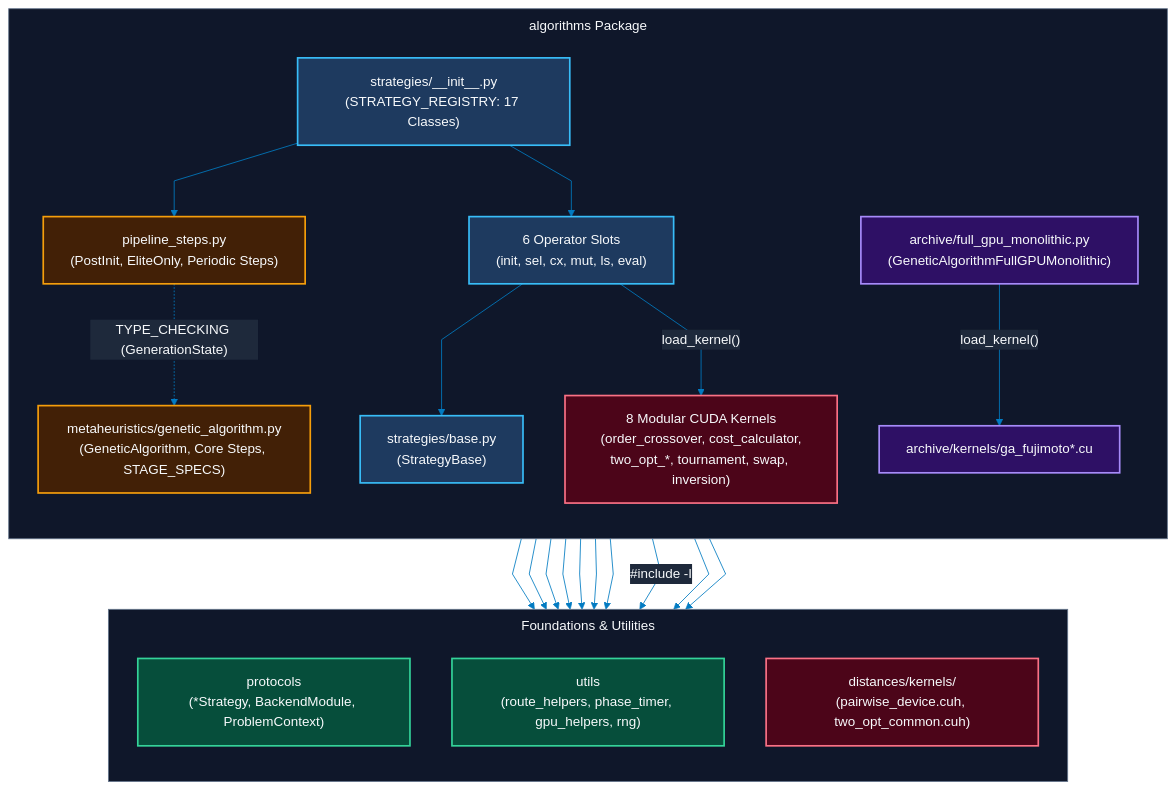
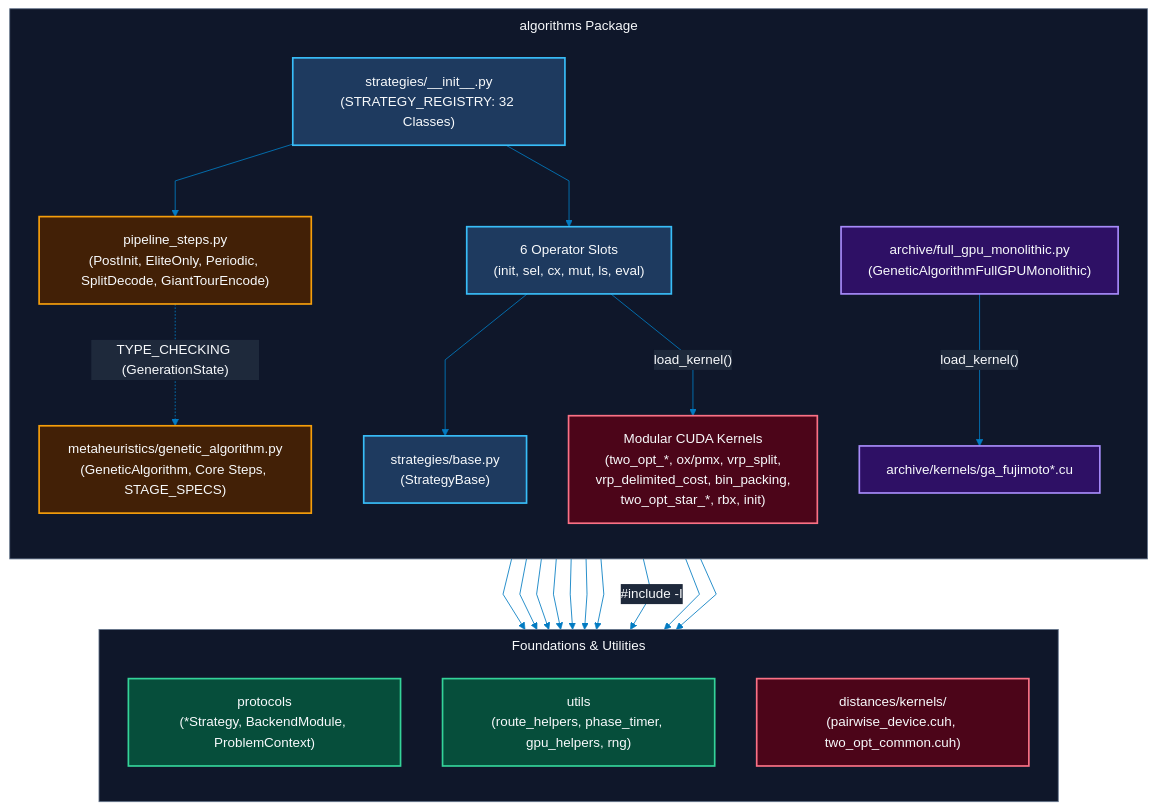
The first of 3 diagrams in documentation/analysis/guide-architecture-algorithms-and-strategies.md (lucasgaldinos/tsp_gpu_clean), drawn with Mermaid before and after one commit. The commit also changed other lines of this file and 19 other files, not shown here.

First line of the commit message:
docs(vrp,plans,bib): document CVRP GPU architecture, Deb/Vargha-Delaney citations, and Phase 17 plans

````diff
--- a/documentation/analysis/guide-architecture-algorithms-and-strategies.md
+++ b/documentation/analysis/guide-architecture-algorithms-and-strategies.md
@@ -81,77 +94,77 @@
 ```mermaid
 ---
 config:
   theme: base
   themeVariables:
     darkMode: true
     background: "#0F172A"
     mainBkg: "#1E293B"
     primaryColor: "#1E293B"
     primaryTextColor: "#F8FAFC"
     primaryBorderColor: "#38BDF8"
     secondaryColor: "#1E3A5F"
     secondaryTextColor: "#F8FAFC"
     secondaryBorderColor: "#60A5FA"
     tertiaryColor: "#172554"
     tertiaryTextColor: "#F8FAFC"
     tertiaryBorderColor: "#818CF8"
     lineColor: "#027BC2"
     edgeLabelBackground: "#1E293B"
     textColor: "#F8FAFC"
     nodeTextColor: "#F8FAFC"
     clusterBkg: "#0F172A"
     clusterBorder: "#64748B"
     titleColor: "#F8FAFC"
   flowchart:
     nodeSpacing: 50
     rankSpacing: 60
     padding: 16
     wrappingWidth: 260
     curve: "linear"
     subGraphTitleMargin:
       top: 8
       bottom: 8
 ---
 flowchart TD
     classDef meta fill:#422006,stroke:#F59E0B,color:#F8FAFC,stroke-width:2px;
     classDef strat fill:#1E3A5F,stroke:#38BDF8,color:#F8FAFC,stroke-width:2px;
     classDef cuda fill:#4C0519,stroke:#FB7185,color:#F8FAFC,stroke-width:2px;
     classDef infra fill:#064E3B,stroke:#34D399,color:#F8FAFC,stroke-width:2px;
     classDef arch fill:#2E1065,stroke:#A78BFA,color:#F8FAFC,stroke-width:2px;
 
     subgraph ALG["algorithms Package"]
         direction TB
         GA["metaheuristics/genetic_algorithm.py<br/>(GeneticAlgorithm, Core Steps, STAGE_SPECS)"]:::meta
-        PSTEP["pipeline_steps.py<br/>(PostInit, EliteOnly, Periodic Steps)"]:::meta
-        REG["strategies/__init__.py<br/>(STRATEGY_REGISTRY: 17 Classes)"]:::strat
+        PSTEP["pipeline_steps.py<br/>(PostInit, EliteOnly, Periodic, SplitDecode, GiantTourEncode)"]:::meta
+        REG["strategies/__init__.py<br/>(STRATEGY_REGISTRY: 32 Classes)"]:::strat
         BASE["strategies/base.py<br/>(StrategyBase)"]:::strat
         SLOTS["6 Operator Slots<br/>(init, sel, cx, mut, ls, eval)"]:::strat
-        CU["8 Modular CUDA Kernels<br/>(order_crossover, cost_calculator,<br/>two_opt_*, tournament, swap, inversion)"]:::cuda
+        CU["Modular CUDA Kernels<br/>(two_opt_*, ox/pmx, vrp_split,<br/>vrp_delimited_cost, bin_packing,<br/>two_opt_star_*, rbx, init)"]:::cuda
         ARC["archive/full_gpu_monolithic.py<br/>(GeneticAlgorithmFullGPUMonolithic)"]:::arch
         ARCCU["archive/kernels/ga_fujimoto*.cu"]:::arch
     end
 
     subgraph INFRA["Foundations & Utilities"]
         direction TB
         PROTO["protocols<br/>(*Strategy, BackendModule, ProblemContext)"]:::infra
         UTILS["utils<br/>(route_helpers, phase_timer, gpu_helpers, rng)"]:::infra
         DISTCU["distances/kernels/<br/>(pairwise_device.cuh, two_opt_common.cuh)"]:::cuda
     end
 
     GA --> PROTO
     GA --> UTILS
     PSTEP -. "TYPE_CHECKING (GenerationState)" .-> GA
     PSTEP --> PROTO
     PSTEP --> UTILS
     REG --> PSTEP
     REG --> SLOTS
     SLOTS --> BASE
     SLOTS --> PROTO
     SLOTS --> UTILS
     BASE --> UTILS
     SLOTS -- "load_kernel()" --> CU
     CU -- "#include -I" --> DISTCU
     ARC --> PROTO
     ARC --> UTILS
     ARC -- "load_kernel()" --> ARCCU
 ```
````
